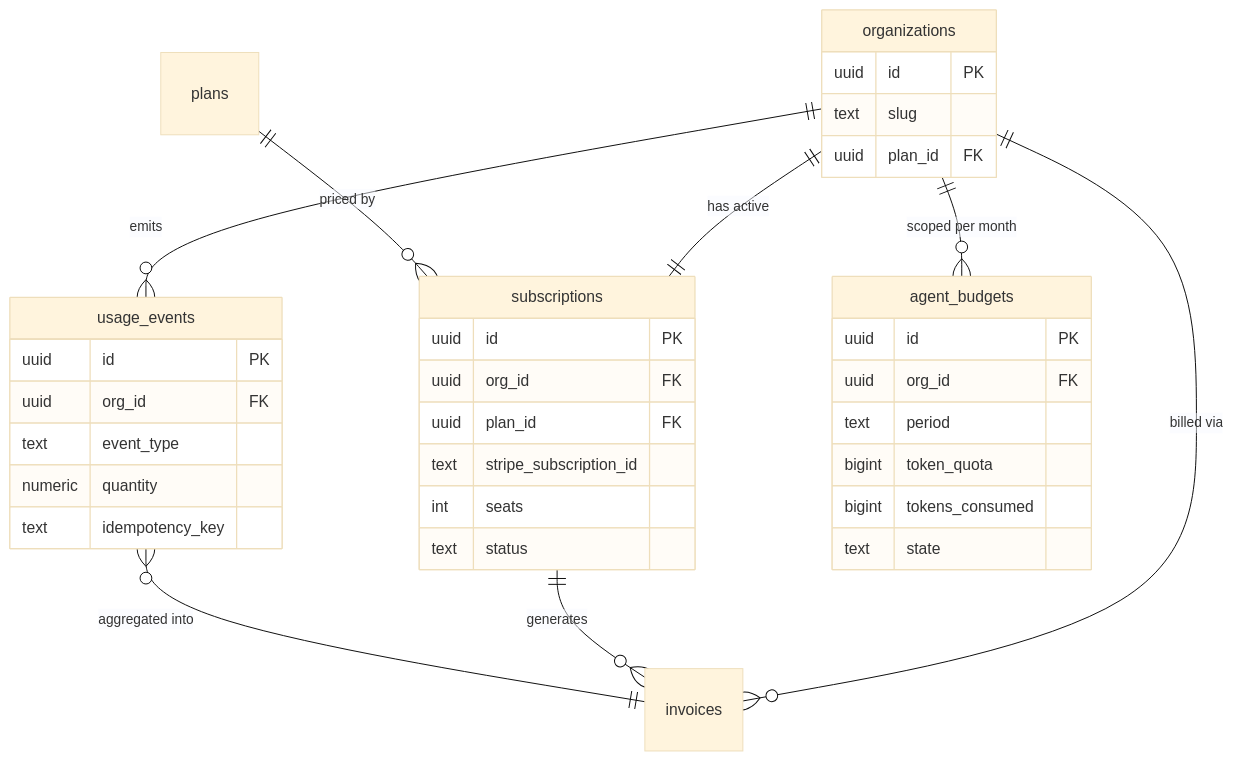
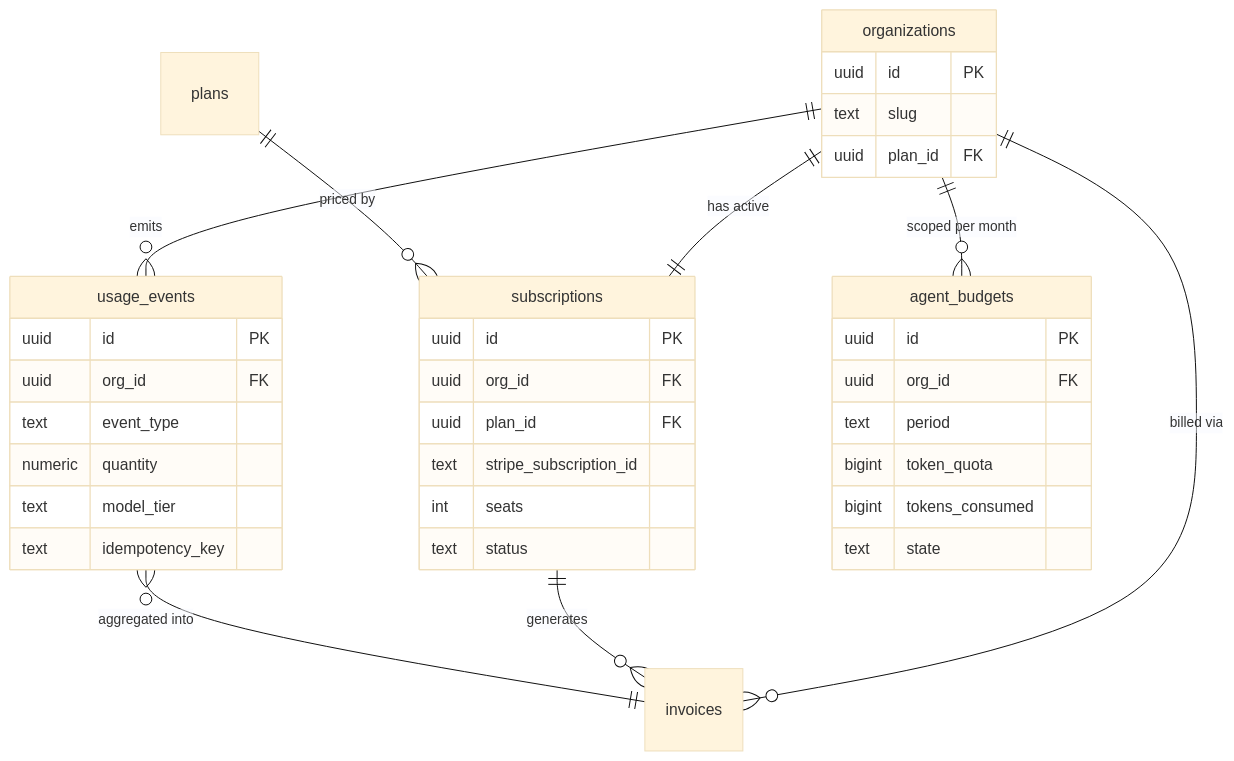
Before and after one commit to Mytheus-AI/mytheus-docs: the second of 7 diagrams in _canon/02-data-model.md, drawn with Mermaid (base theme). The commit also changed other lines of this file and 10 other files, not shown here.

````diff
--- a/_canon/02-data-model.md
+++ b/_canon/02-data-model.md
@@ -119,38 +119,39 @@
 ```mermaid
 erDiagram
   organizations ||--|| subscriptions : "has active"
   plans ||--o{ subscriptions : "priced by"
   organizations ||--o{ usage_events : "emits"
   organizations ||--o{ invoices : "billed via"
   subscriptions ||--o{ invoices : "generates"
   usage_events }o--|| invoices : "aggregated into"
   organizations ||--o{ agent_budgets : "scoped per month"
   organizations {
     uuid id PK
     text slug
     uuid plan_id FK
   }
   subscriptions {
     uuid id PK
     uuid org_id FK
     uuid plan_id FK
     text stripe_subscription_id
     int seats
     text status
   }
   usage_events {
     uuid id PK
     uuid org_id FK
     text event_type
     numeric quantity
+    text model_tier
     text idempotency_key
   }
   agent_budgets {
     uuid id PK
     uuid org_id FK
     text period
     bigint token_quota
     bigint tokens_consumed
     text state
   }
 ```
````
